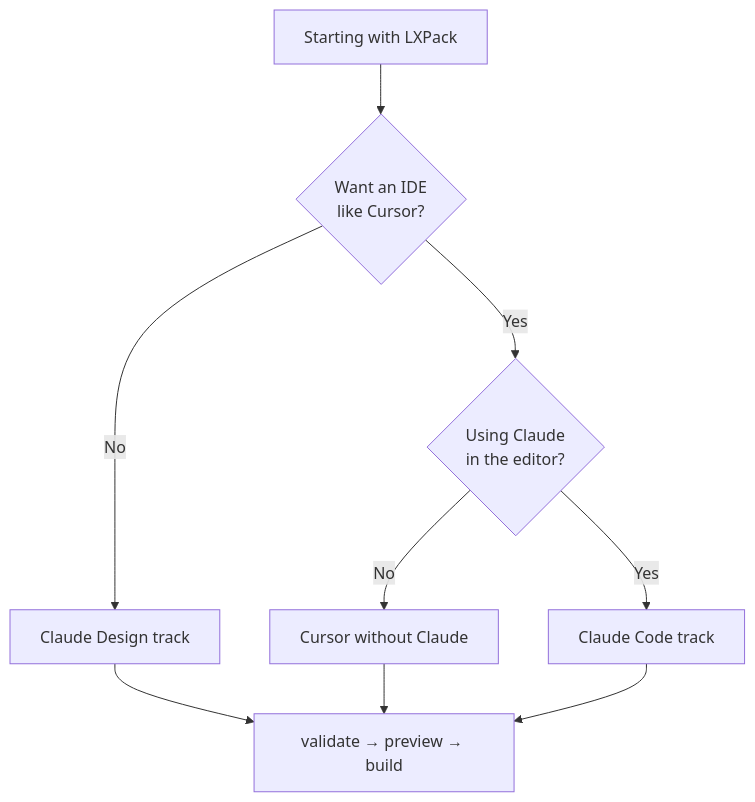
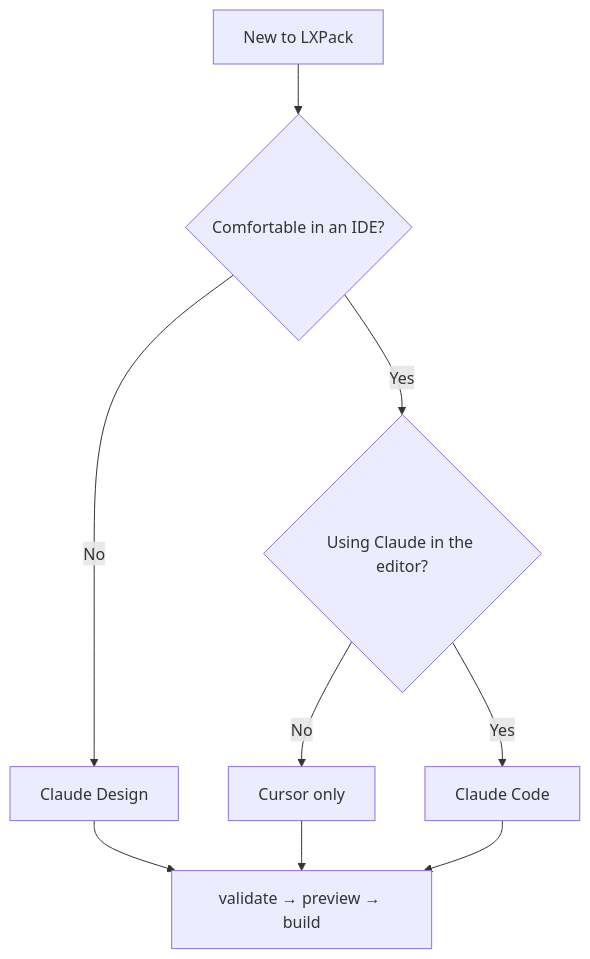
Before and after one commit to eddiethedean/lxpack: the diagram in docs/guides/workflow-overview.md, drawn with Mermaid. The commit also changed other lines of this file and 37 other files, not shown here.

````diff
--- a/docs/guides/workflow-overview.md
+++ b/docs/guides/workflow-overview.md
@@ -7,17 +7,17 @@
 ```mermaid
 flowchart TD
-  start[Starting with LXPack]
-  q1{Want an IDE\nlike Cursor?}
-  q2{Using Claude\nin the editor?}
-  design[Claude Design track]
-  cursorOnly[Cursor without Claude]
-  claudeCode[Claude Code track]
+  start[New to LXPack]
+  q1{Comfortable in an IDE?}
+  q2{Using Claude in the editor?}
+  design[Claude Design]
+  cursorOnly[Cursor only]
+  claudeCode[Claude Code]
   start --> q1
   q1 -->|No| design
   q1 -->|Yes| q2
   q2 -->|No| cursorOnly
   q2 -->|Yes| claudeCode
-  design --> cli[validate → preview → build]
-  cursorOnly --> cli
-  claudeCode --> cli
+  design --> pipe[validate → preview → build]
+  cursorOnly --> pipe
+  claudeCode --> pipe
 ```
````
